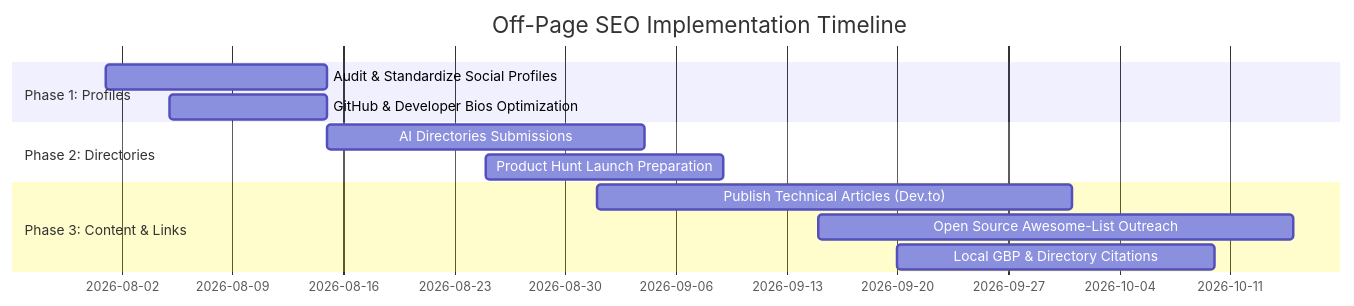
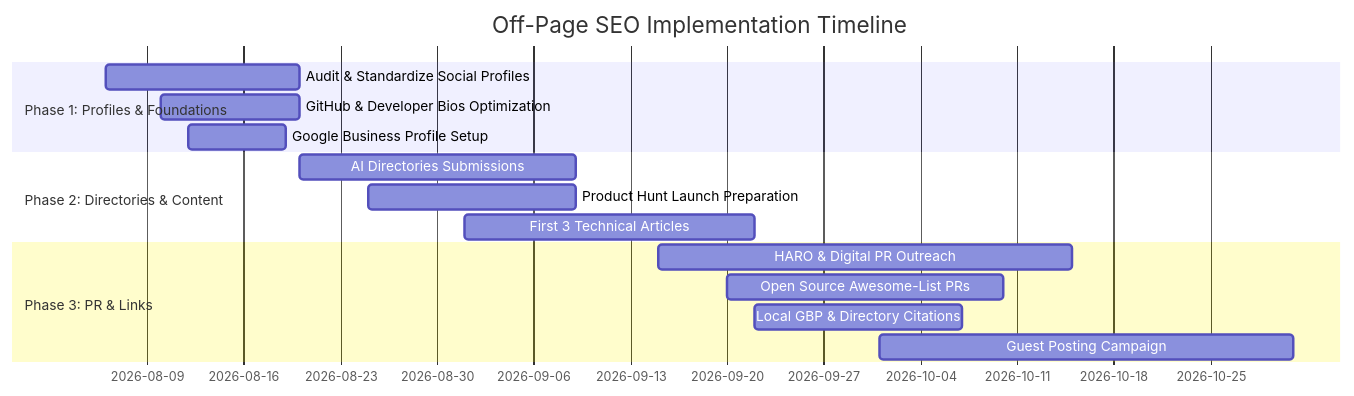
The diagram in OFF_PAGE_SEO_STRATEGY.md (Mo0zi/MOIZ-PORTFOLIO), drawn with Mermaid before and after one commit. The commit also changed other lines of this file and 20 other files, not shown here.

````diff
--- a/OFF_PAGE_SEO_STRATEGY.md
+++ b/OFF_PAGE_SEO_STRATEGY.md
@@ -102,15 +167,18 @@
 ```mermaid
 gantt
     title Off-Page SEO Implementation Timeline
     dateFormat  YYYY-MM-DD
-    section Phase 1: Profiles
-    Audit & Standardize Social Profiles   :a1, 2026-08-01, 14d
-    GitHub & Developer Bios Optimization  :a2, 2026-08-05, 10d
-    section Phase 2: Directories
-    AI Directories Submissions           :b1, 2026-08-15, 20d
-    Product Hunt Launch Preparation      :b2, 2026-08-25, 15d
-    section Phase 3: Content & Links
-    Publish Technical Articles (Dev.to)   :c1, 2026-09-01, 30d
-    Open Source Awesome-List Outreach     :c2, 2026-09-15, 30d
-    Local GBP & Directory Citations      :c3, 2026-09-20, 20d
+    section Phase 1: Profiles & Foundations
+    Audit & Standardize Social Profiles   :a1, 2026-08-06, 14d
+    GitHub & Developer Bios Optimization  :a2, 2026-08-10, 10d
+    Google Business Profile Setup         :a3, 2026-08-12, 7d
+    section Phase 2: Directories & Content
+    AI Directories Submissions            :b1, 2026-08-20, 20d
+    Product Hunt Launch Preparation       :b2, 2026-08-25, 15d
+    First 3 Technical Articles            :b3, 2026-09-01, 21d
+    section Phase 3: PR & Links
+    HARO & Digital PR Outreach            :c1, 2026-09-15, 30d
+    Open Source Awesome-List PRs          :c2, 2026-09-20, 20d
+    Local GBP & Directory Citations       :c3, 2026-09-22, 15d
+    Guest Posting Campaign                :c4, 2026-10-01, 30d
 ```
````
